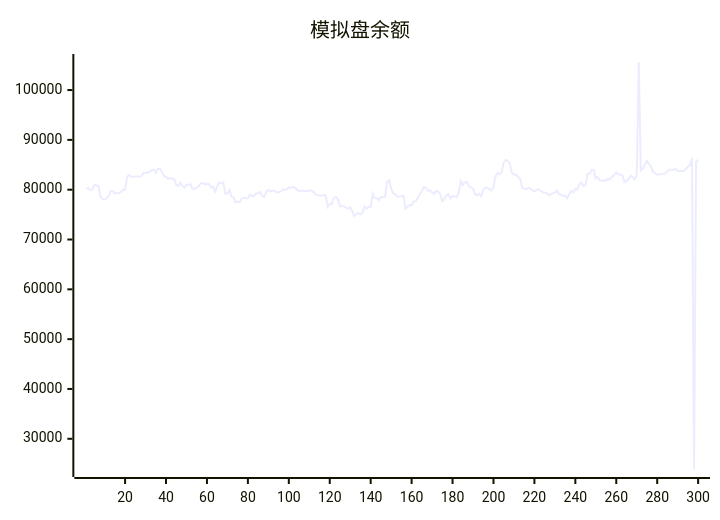
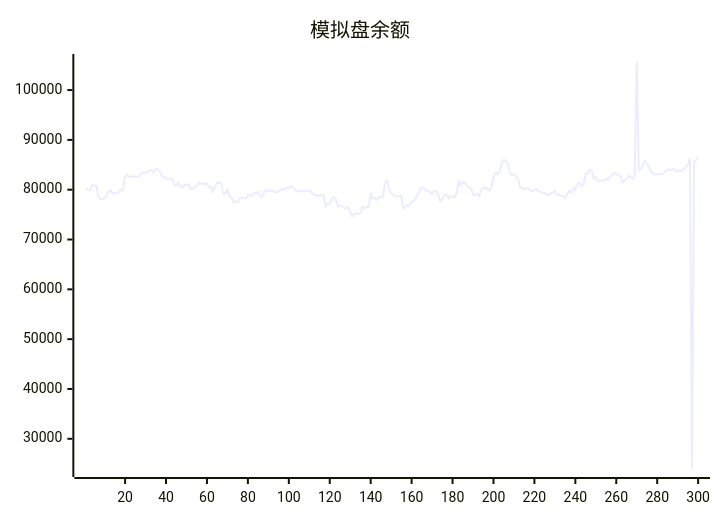
The diagram in README.md (aahl/ai-trading), drawn with Mermaid before and after one commit. The commit also changed other lines of this file and 1 other file, not shown here.

````diff
--- a/README.md
+++ b/README.md
@@ -5,5 +5,5 @@
 ```mermaid
 xychart
     title "模拟盘余额"
-    line [80170,80336,79894,80006,80954,80837,80712,78561,78139,78037,78293,78682,79720,79720,79214,79372,79279,79591,80046,79993,82625,82950,82626,82571,82633,82670,82670,82681,83386,83378,83464,83579,83920,84037,83402,84160,84142,83652,82655,82655,82145,82315,82243,82163,80934,80770,81371,80742,80468,80989,80989,81067,80191,80155,80450,80737,81309,81309,81106,81119,81119,80471,80631,79624,80670,81448,81290,81429,79212,79222,79940,78643,78380,77432,77623,77504,78235,78358,78284,78277,79048,78714,78714,79290,79308,79567,78763,78563,79603,79988,79652,79813,79813,79476,79469,79673,79995,80015,80015,80486,80314,80600,80436,79966,79689,79689,79819,79692,79692,79850,79850,79518,79071,78889,78850,78850,78878,78878,76554,77202,77103,78357,78510,78106,76678,76677,76672,76411,76159,76485,75656,74695,75197,75246,75052,75334,76564,76179,76553,76551,79196,78300,78300,77944,78531,78531,78521,81564,81884,80160,79335,79055,78675,78580,78708,78764,76179,76586,76902,76876,77658,77669,78346,79023,79769,80497,80366,79761,79896,79448,79126,79749,79658,79097,77695,78114,78888,79126,78249,78738,78653,78478,79271,81680,80923,81488,81527,80681,80455,80190,79084,78879,79193,78686,79954,80403,80374,80118,79848,80491,82665,83351,83098,83525,85430,85983,85737,85221,83378,83014,83043,82613,82216,80477,80208,80081,80348,80277,79894,79670,79965,80093,79786,79542,79406,79371,78893,79087,79304,79406,79841,79072,78978,78696,78846,78272,79085,79787,79442,80198,80031,81120,81379,80718,80985,83214,83212,83993,83921,82270,82547,81776,81776,81866,81866,82158,82061,82596,83000,83408,83041,83050,82858,81503,81691,82188,82812,82517,82092,82901,105633,83898,84180,85030,85781,85178,84604,83569,83298,83008,83093,83107,83175,83228,83729,84025,84017,84019,84177,83775,83762,83785,83738,84160,84639,84939,86370,23934,85548,86046]
+    line [80336,79894,80006,80954,80837,80712,78561,78139,78037,78293,78682,79720,79720,79214,79372,79279,79591,80046,79993,82625,82950,82626,82571,82633,82670,82670,82681,83386,83378,83464,83579,83920,84037,83402,84160,84142,83652,82655,82655,82145,82315,82243,82163,80934,80770,81371,80742,80468,80989,80989,81067,80191,80155,80450,80737,81309,81309,81106,81119,81119,80471,80631,79624,80670,81448,81290,81429,79212,79222,79940,78643,78380,77432,77623,77504,78235,78358,78284,78277,79048,78714,78714,79290,79308,79567,78763,78563,79603,79988,79652,79813,79813,79476,79469,79673,79995,80015,80015,80486,80314,80600,80436,79966,79689,79689,79819,79692,79692,79850,79850,79518,79071,78889,78850,78850,78878,78878,76554,77202,77103,78357,78510,78106,76678,76677,76672,76411,76159,76485,75656,74695,75197,75246,75052,75334,76564,76179,76553,76551,79196,78300,78300,77944,78531,78531,78521,81564,81884,80160,79335,79055,78675,78580,78708,78764,76179,76586,76902,76876,77658,77669,78346,79023,79769,80497,80366,79761,79896,79448,79126,79749,79658,79097,77695,78114,78888,79126,78249,78738,78653,78478,79271,81680,80923,81488,81527,80681,80455,80190,79084,78879,79193,78686,79954,80403,80374,80118,79848,80491,82665,83351,83098,83525,85430,85983,85737,85221,83378,83014,83043,82613,82216,80477,80208,80081,80348,80277,79894,79670,79965,80093,79786,79542,79406,79371,78893,79087,79304,79406,79841,79072,78978,78696,78846,78272,79085,79787,79442,80198,80031,81120,81379,80718,80985,83214,83212,83993,83921,82270,82547,81776,81776,81866,81866,82158,82061,82596,83000,83408,83041,83050,82858,81503,81691,82188,82812,82517,82092,82901,105633,83898,84180,85030,85781,85178,84604,83569,83298,83008,83093,83107,83175,83228,83729,84025,84017,84019,84177,83775,83762,83785,83738,84160,84639,84939,86370,23934,85548,86046,86599]
 ```
````
